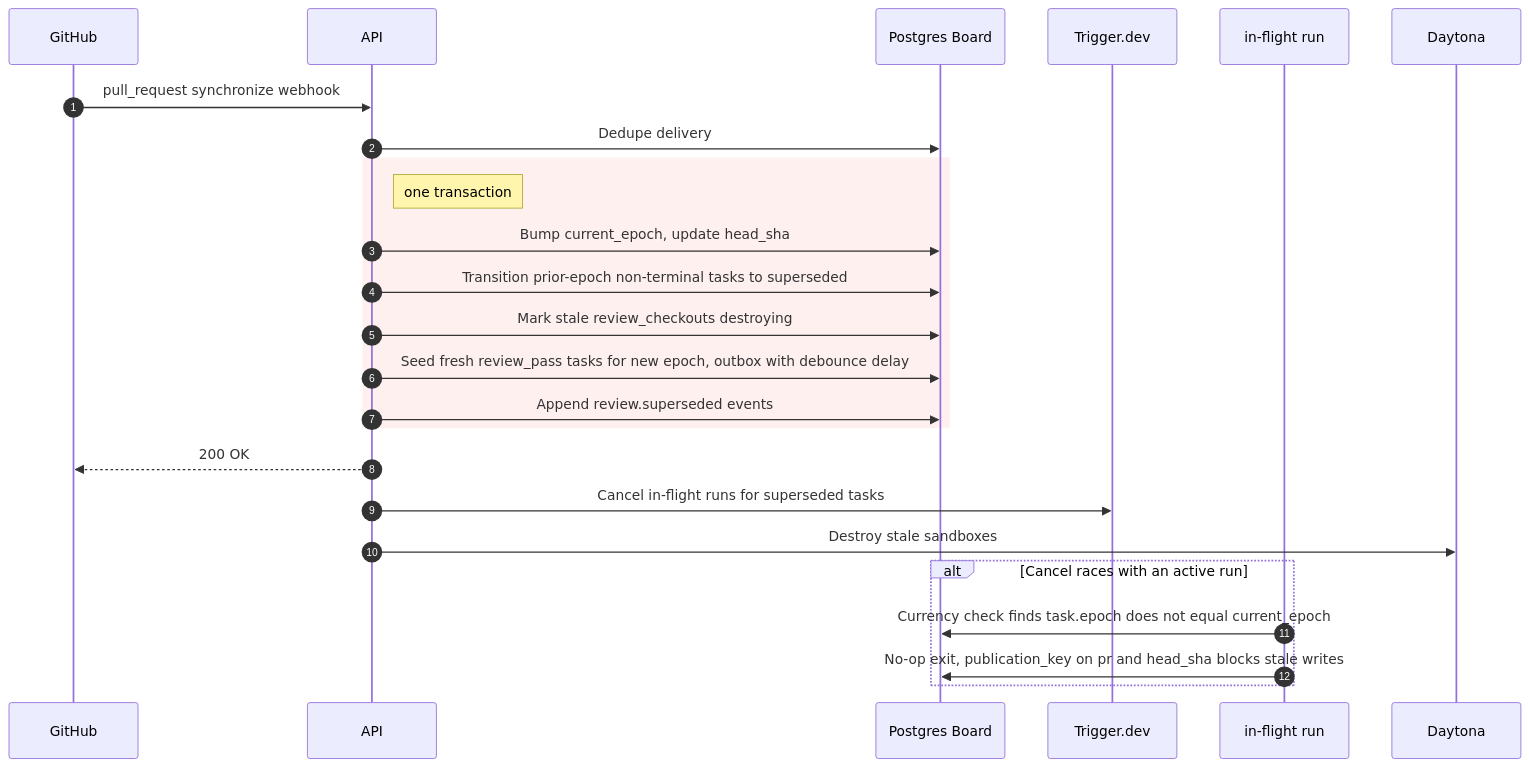
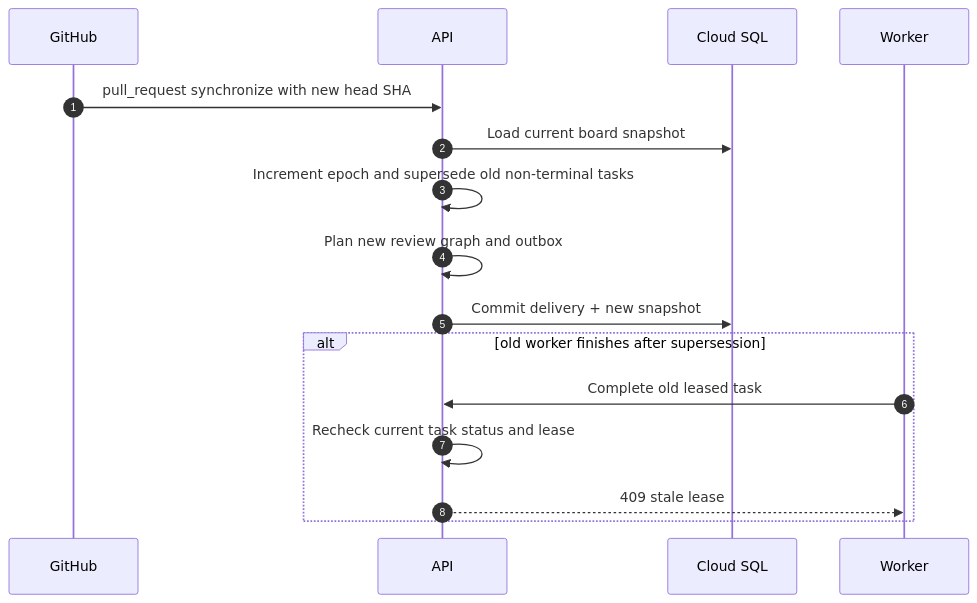
Before and after one commit to keon/jina-context-wiki-e2e-20260808: the fourth of 5 diagrams in docs/SEQUENCE_DIAGRAM.md, drawn with Mermaid. The commit also changed other lines of this file and 7 other files, not shown here.

Commit message:
Align documentation with deployed architecture

````diff
--- a/docs/SEQUENCE_DIAGRAM.md
+++ b/docs/SEQUENCE_DIAGRAM.md
@@ -153,27 +106,19 @@
 ```mermaid
 sequenceDiagram
     autonumber
     participant GitHub
     participant API
-    participant Board as Postgres Board
-    participant Trigger as Trigger.dev
-    participant Run as in-flight run
-    participant Daytona
-    GitHub->>API: pull_request synchronize webhook
-    API->>Board: Dedupe delivery
-    rect rgb(255,240,240)
-    note right of API: one transaction
-    API->>Board: Bump current_epoch, update head_sha
-    API->>Board: Transition prior-epoch non-terminal tasks to superseded
-    API->>Board: Mark stale review_checkouts destroying
-    API->>Board: Seed fresh review_pass tasks for new epoch, outbox with debounce delay
-    API->>Board: Append review.superseded events
-    end
-    API-->>GitHub: 200 OK
-    API->>Trigger: Cancel in-flight runs for superseded tasks
-    API->>Daytona: Destroy stale sandboxes
-    alt Cancel races with an active run
-        Run->>Board: Currency check finds task.epoch does not equal current_epoch
-        Run->>Board: No-op exit, publication_key on pr and head_sha blocks stale writes
+    participant DB as Cloud SQL
+    participant Worker
+
+    GitHub->>API: pull_request synchronize with new head SHA
+    API->>DB: Load current board snapshot
+    API->>API: Increment epoch and supersede old non-terminal tasks
+    API->>API: Plan new review graph and outbox
+    API->>DB: Commit delivery + new snapshot
+    alt old worker finishes after supersession
+        Worker->>API: Complete old leased task
+        API->>API: Recheck current task status and lease
+        API-->>Worker: 409 stale lease
     end
 ```
````
